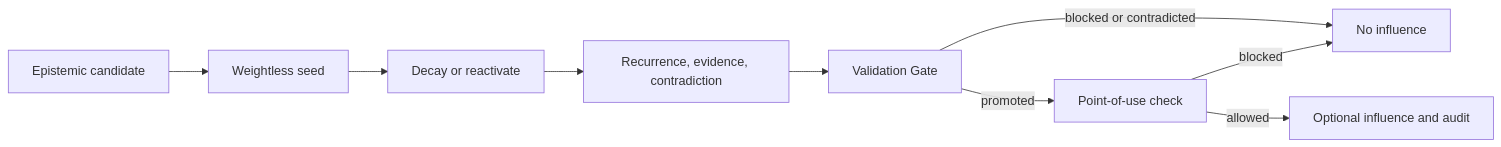
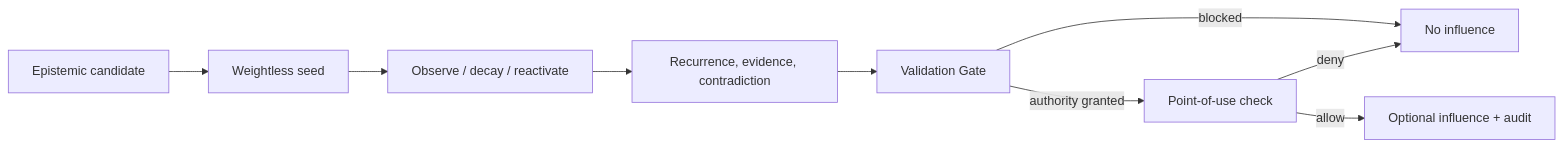
One commit to E-AI-MODEL/shadowseed-pro changed the diagram in README.md. Above: the diagram before and after it, drawn with Mermaid. The commit also changed other lines of this file, not shown here.

````diff
--- a/README.md
+++ b/README.md
@@ -211,11 +127,11 @@
 ```mermaid
 flowchart LR
     A[Epistemic candidate] --> B[Weightless seed]
-    B --> C[Decay or reactivate]
+    B --> C[Observe / decay / reactivate]
     C --> D[Recurrence, evidence, contradiction]
     D --> E[Validation Gate]
-    E -->|blocked or contradicted| F[No influence]
-    E -->|promoted| G[Point-of-use check]
-    G -->|blocked| F
-    G -->|allowed| H[Optional influence and audit]
+    E -->|blocked| F[No influence]
+    E -->|authority granted| G[Point-of-use check]
+    G -->|deny| F
+    G -->|allow| H[Optional influence + audit]
 ```
````
